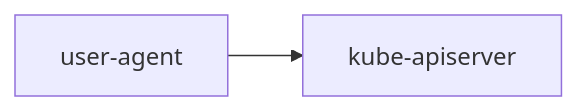
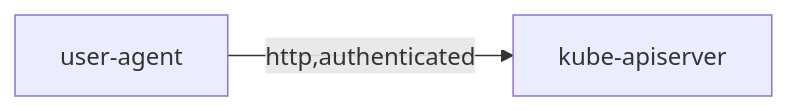
One commit to open-feature/open-feature-operator changed the first of 9 diagrams in docs/threat_model.md. Above: the diagram before and after it, drawn with Mermaid. The commit also changed other lines of this file, not shown here.

````diff
--- a/docs/threat_model.md
+++ b/docs/threat_model.md
@@ -51,4 +56,4 @@
 ```mermaid
 flowchart LR
-    user-agent --> kube-apiserver
+    user-agent -->|http,authenticated| kube-apiserver
 ```
````
